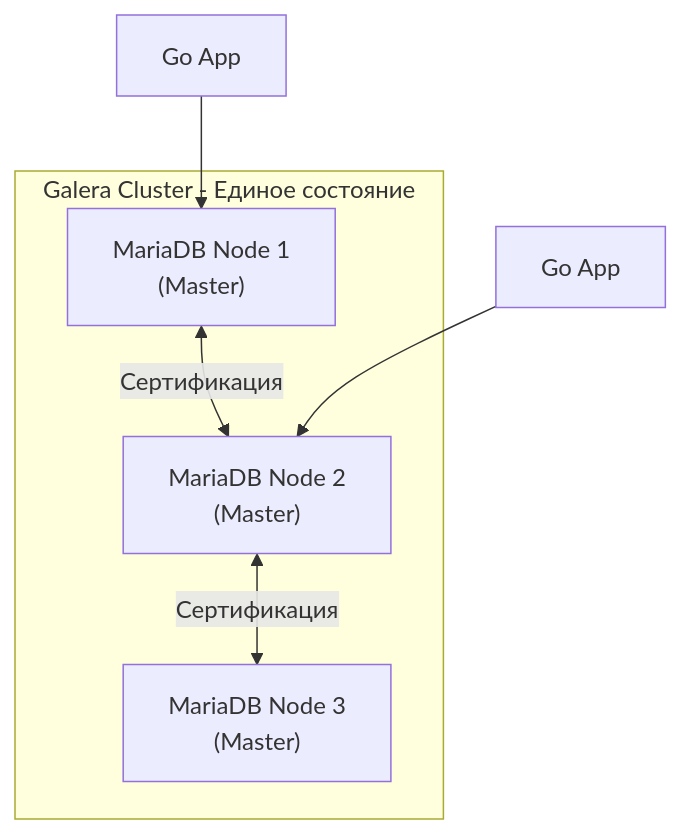
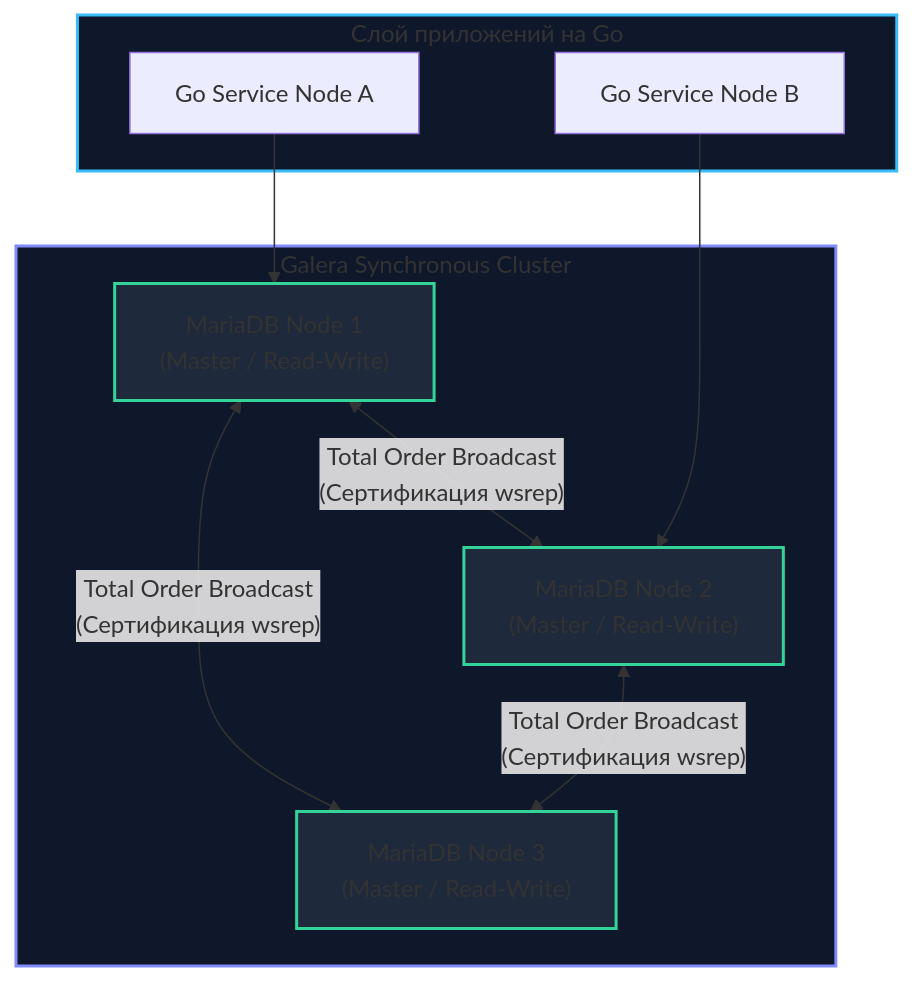
Before and after one commit to UnrealTemplier/go-textbook: the second of 2 diagrams in sources/12. Базы данных/07. MySQL и форки/8. MariaDB.md, drawn with Mermaid. The commit also changed other lines of this file, not shown here.

````diff
--- a/sources/12. Базы данных/07. MySQL и форки/8. MariaDB.md
+++ b/sources/12. Базы данных/07. MySQL и форки/8. MariaDB.md
@@ -49,14 +83,26 @@
 ```mermaid
-graph TD
-    Node1["MariaDB Node 1<br>(Master)"] <-->|Сертификация| Node2["MariaDB Node 2<br>(Master)"]
-    Node2 <-->|Сертификация| Node3["MariaDB Node 3<br>(Master)"]
-    
-    Client1["Go App"] --> Node1
-    Client2["Go App"] --> Node2
-    
-    subgraph Cluster ["Galera Cluster - Единое состояние"]
-        Node1
-        Node2
-        Node3
+flowchart TD
+    subgraph AppLayer ["Слой приложений на Go"]
+        App1["Go Service Node A"]
+        App2["Go Service Node B"]
     end
+
+    subgraph GaleraCluster ["Galera Synchronous Cluster"]
+        Node1["MariaDB Node 1<br>(Master / Read-Write)"]
+        Node2["MariaDB Node 2<br>(Master / Read-Write)"]
+        Node3["MariaDB Node 3<br>(Master / Read-Write)"]
+        
+        Node1 <-->|"Total Order Broadcast<br>(Сертификация wsrep)"| Node2
+        Node2 <-->|"Total Order Broadcast<br>(Сертификация wsrep)"| Node3
+        Node3 <-->|"Total Order Broadcast<br>(Сертификация wsrep)"| Node1
+    end
+
+    App1 --> Node1
+    App2 --> Node2
+
+    style AppLayer fill:#0f172a,stroke:#38bdf8,stroke-width:2px
+    style GaleraCluster fill:#0f172a,stroke:#818cf8,stroke-width:2px
+    style Node1 fill:#1e293b,stroke:#34d399,stroke-width:2px
+    style Node2 fill:#1e293b,stroke:#34d399,stroke-width:2px
+    style Node3 fill:#1e293b,stroke:#34d399,stroke-width:2px
 ```
````
